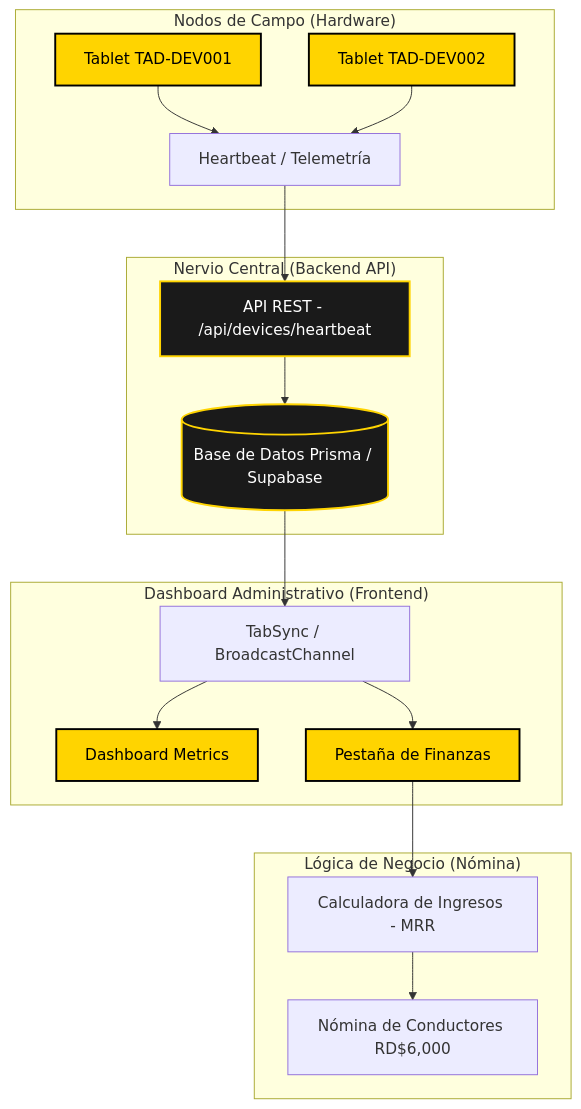
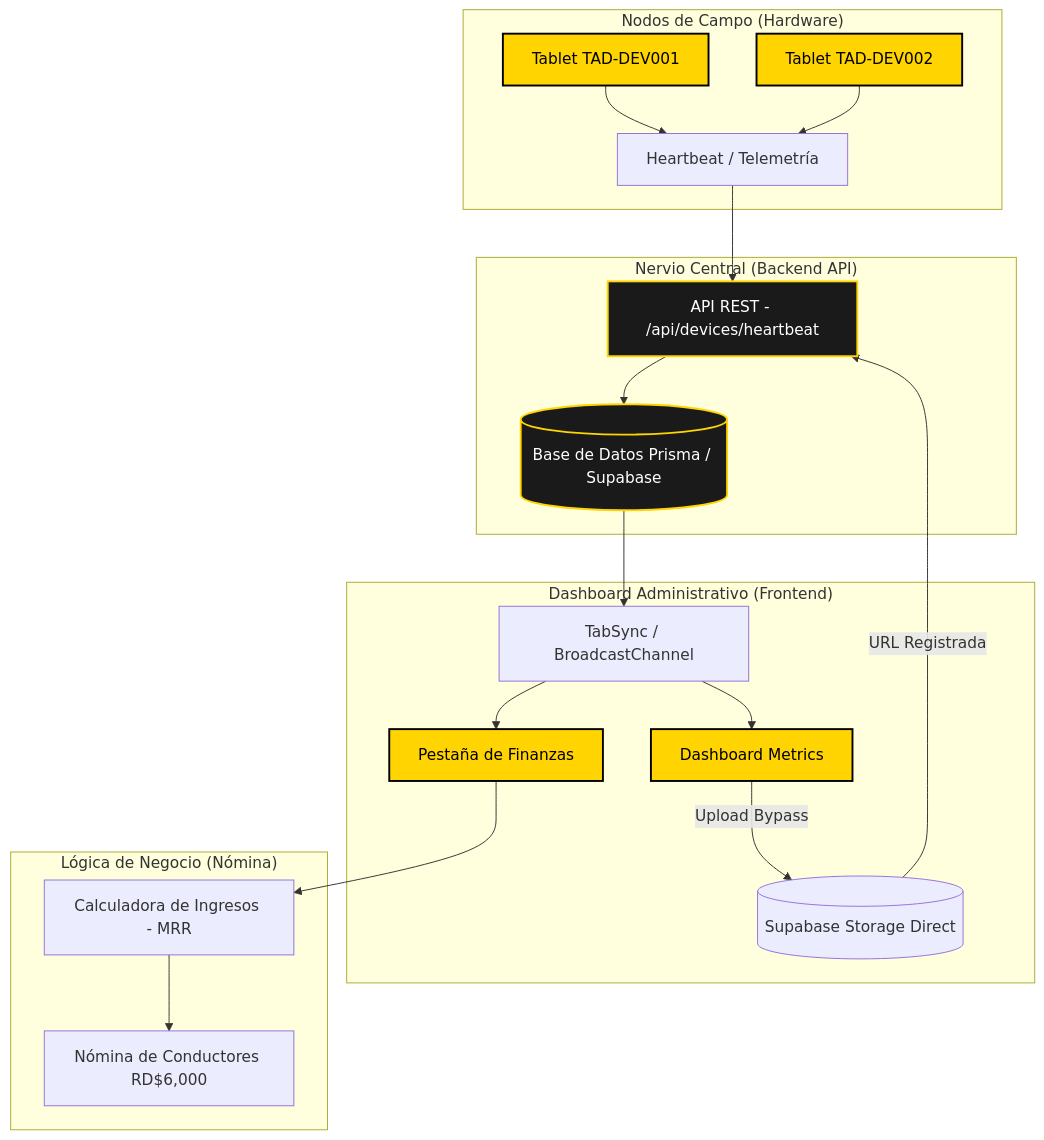
Before and after one commit to tadtaxiadvertising/tad-dooh-platform: the diagram in _docs/obsidian/02_Arquitectura_Estructural/flujo_de_datos.md, drawn with Mermaid. The commit also changed other lines of this file and 3 other files, not shown here.

````diff
--- a/_docs/obsidian/02_Arquitectura_Estructural/flujo_de_datos.md
+++ b/_docs/obsidian/02_Arquitectura_Estructural/flujo_de_datos.md
@@ -14,30 +14,33 @@
 ```mermaid
 graph TD
     subgraph "Nodos de Campo (Hardware)"
         T1[Tablet TAD-DEV001] --> HB[Heartbeat / Telemetría]
         T2[Tablet TAD-DEV002] --> HB
     end
 
     subgraph "Nervio Central (Backend API)"
         HB --> API[API REST - /api/devices/heartbeat]
         API --> DB[(Base de Datos Prisma / Supabase)]
     end
 
     subgraph "Dashboard Administrativo (Frontend)"
         DB --> WS[TabSync / BroadcastChannel]
         WS --> DASH[Dashboard Metrics]
         WS --> FIN[Pestaña de Finanzas]
+        
+        DASH -- "Upload Bypass" --> SUPA[(Supabase Storage Direct)]
+        SUPA -- "URL Registrada" --> API
     end
 
     subgraph "Lógica de Negocio (Nómina)"
         FIN --> CALC[Calculadora de Ingresos - MRR]
         CALC --> PAY[Nómina de Conductores RD$6,000]
     end
 
     style T1 fill:#FFD400,stroke:#000,stroke-width:2px,color:#000
     style T2 fill:#FFD400,stroke:#000,stroke-width:2px,color:#000
     style API fill:#1a1a1a,stroke:#FFD400,stroke-width:2px,color:#fff
     style DB fill:#1a1a1a,stroke:#FFD400,stroke-width:2px,color:#fff
     style DASH fill:#FFD400,stroke:#000,stroke-width:2px,color:#000
     style FIN fill:#FFD400,stroke:#000,stroke-width:2px,color:#000
 ```
````
